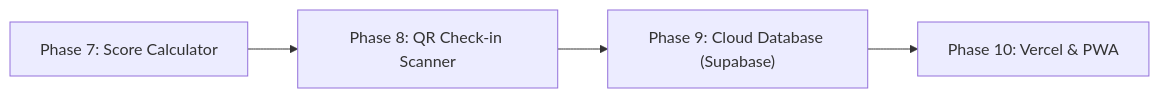
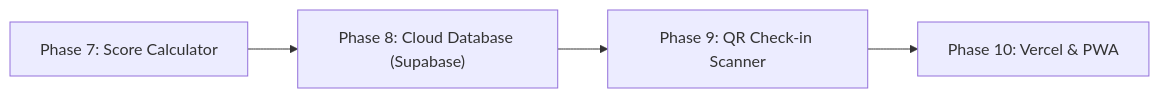
The third of 3 diagrams in plan.md (psu6810110411/thasala-admission), drawn with Mermaid before and after one commit. The commit also changed other lines of this file and 9 other files, not shown here.

First line of the commit message:
fix: add error boundary, 404 page, loading skeleton, and Zod validation schemas

````diff
--- a/plan.md
+++ b/plan.md
@@ -126,6 +126,6 @@
 ```mermaid
 flowchart LR
-    P7["Phase 7: Score Calculator"] --> P8["Phase 8: QR Check-in Scanner"]
-    P8 --> P9["Phase 9: Cloud Database (Supabase)"]
+    P7["Phase 7: Score Calculator"] --> P8["Phase 8: Cloud Database (Supabase)"]
+    P8 --> P9["Phase 9: QR Check-in Scanner"]
     P9 --> P10["Phase 10: Vercel & PWA"]
 ```
````
